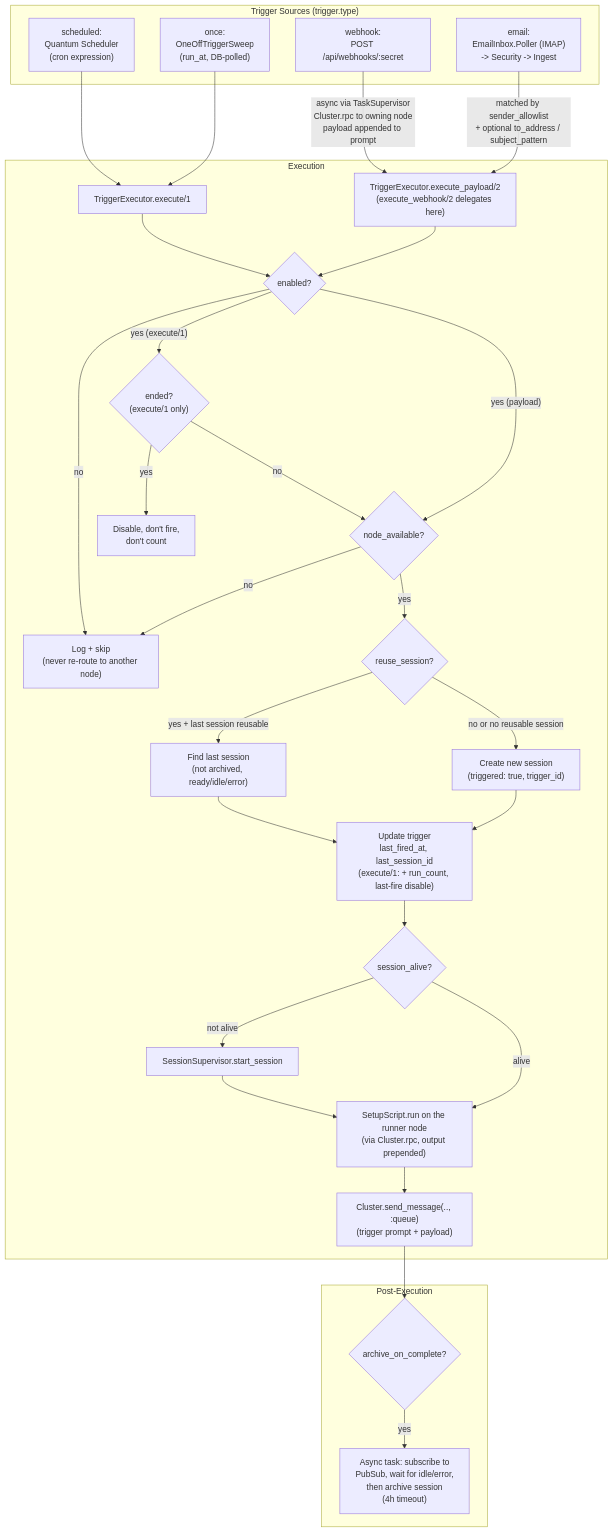
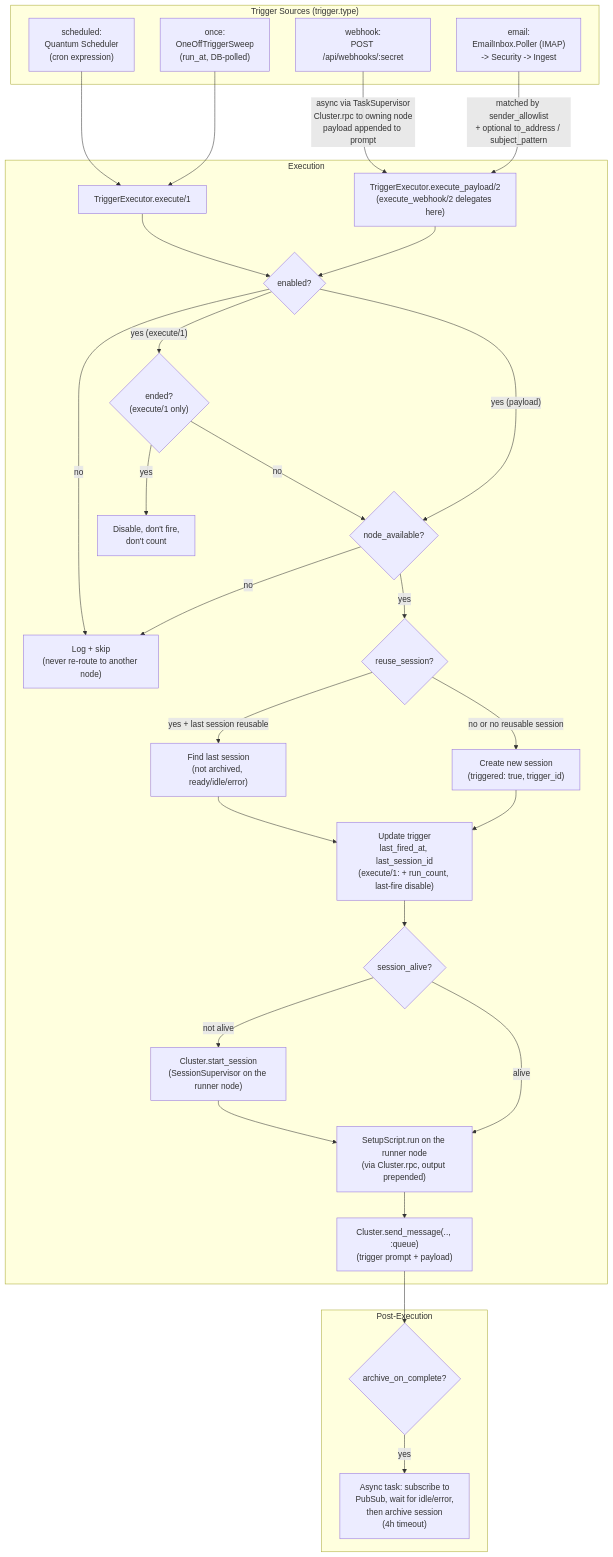
One commit to zingbretsen/orca_hub changed the first of 2 diagrams in .context/triggers.md. Above: the diagram before and after it, drawn with Mermaid. The commit also changed 3 other files, not shown here.

First line of the commit message:
Refresh .context architecture docs to match current code (scheduled audit)

````diff
--- a/.context/triggers.md
+++ b/.context/triggers.md
@@ -3,58 +3,58 @@
 ```mermaid
 flowchart TB
     subgraph Sources["Trigger Sources (trigger.type)"]
         Cron["scheduled:\nQuantum Scheduler\n(cron expression)"]
         Once["once:\nOneOffTriggerSweep\n(run_at, DB-polled)"]
         Webhook["webhook:\nPOST /api/webhooks/:secret"]
         Email["email:\nEmailInbox.Poller (IMAP)\n-> Security -> Ingest"]
     end
 
     subgraph Execution
         ExecuteCron["TriggerExecutor.execute/1"]
         ExecutePayload["TriggerExecutor.execute_payload/2\n(execute_webhook/2 delegates here)"]
         EnabledCheck{"enabled?"}
         EndedCheck{"ended?\n(execute/1 only)"}
         Disable["Disable, don't fire,\ndon't count"]
         NodeCheck{"node_available?"}
         Skip["Log + skip\n(never re-route to another node)"]
         Resolve{"reuse_session?"}
         Reuse["Find last session\n(not archived, ready/idle/error)"]
         Create["Create new session\n(triggered: true, trigger_id)"]
         Update["Update trigger\nlast_fired_at, last_session_id\n(execute/1: + run_count, last-fire disable)"]
         StartCheck{"session_alive?"}
-        Start["SessionSupervisor.start_session"]
+        Start["Cluster.start_session\n(SessionSupervisor on the runner node)"]
         Setup["SetupScript.run on the runner node\n(via Cluster.rpc, output prepended)"]
         Send["Cluster.send_message(.., :queue)\n(trigger prompt + payload)"]
     end
 
     subgraph Cleanup["Post-Execution"]
         Archive{"archive_on_complete?"}
         ArchiveTask["Async task: subscribe to\nPubSub, wait for idle/error,\nthen archive session\n(4h timeout)"]
     end
 
     Cron --> ExecuteCron
     Once --> ExecuteCron
     Webhook -->|"async via TaskSupervisor\nCluster.rpc to owning node\npayload appended to prompt"| ExecutePayload
     Email -->|"matched by sender_allowlist\n+ optional to_address / subject_pattern"| ExecutePayload
 
     ExecuteCron --> EnabledCheck
     ExecutePayload --> EnabledCheck
     EnabledCheck -->|no| Skip
     EnabledCheck -->|"yes (execute/1)"| EndedCheck
     EnabledCheck -->|"yes (payload)"| NodeCheck
     EndedCheck -->|yes| Disable
     EndedCheck -->|no| NodeCheck
     NodeCheck -->|no| Skip
     NodeCheck -->|yes| Resolve
     Resolve -->|yes + last session reusable| Reuse
     Resolve -->|no or no reusable session| Create
     Reuse --> Update
     Create --> Update
     Update --> StartCheck
     StartCheck -->|not alive| Start --> Setup
     StartCheck -->|alive| Setup
     Setup --> Send
 
     Send --> Archive
     Archive -->|yes| ArchiveTask
 ```
````
